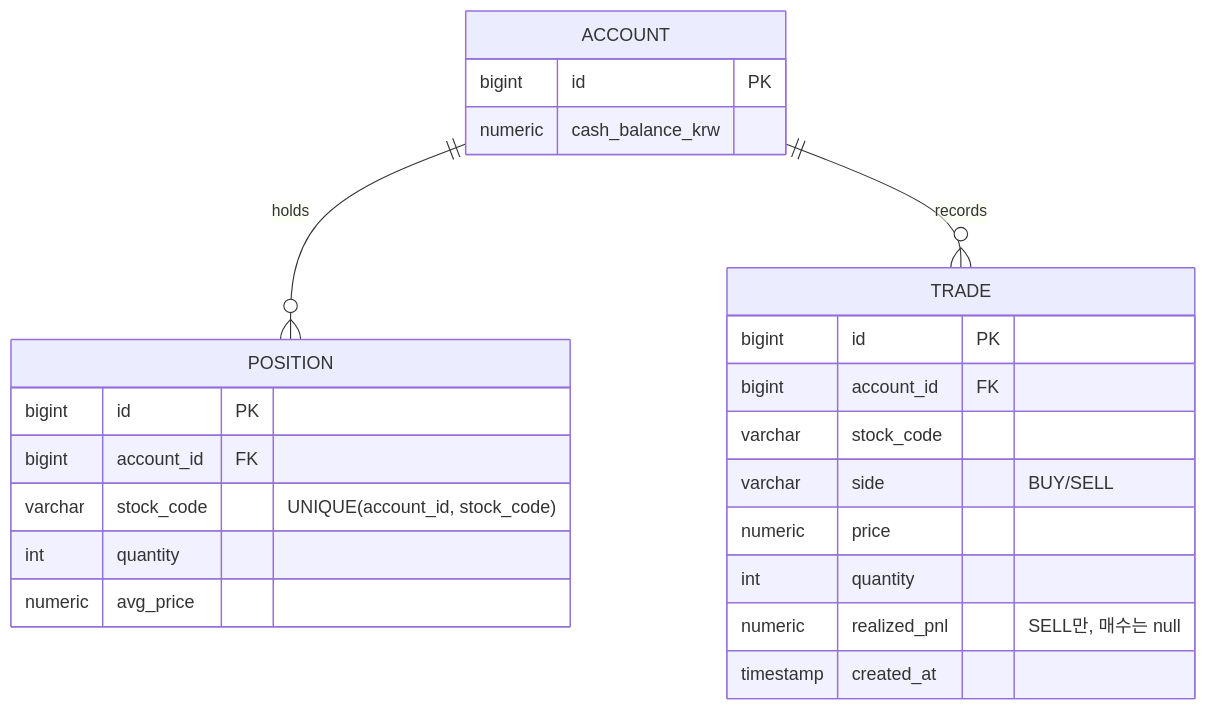
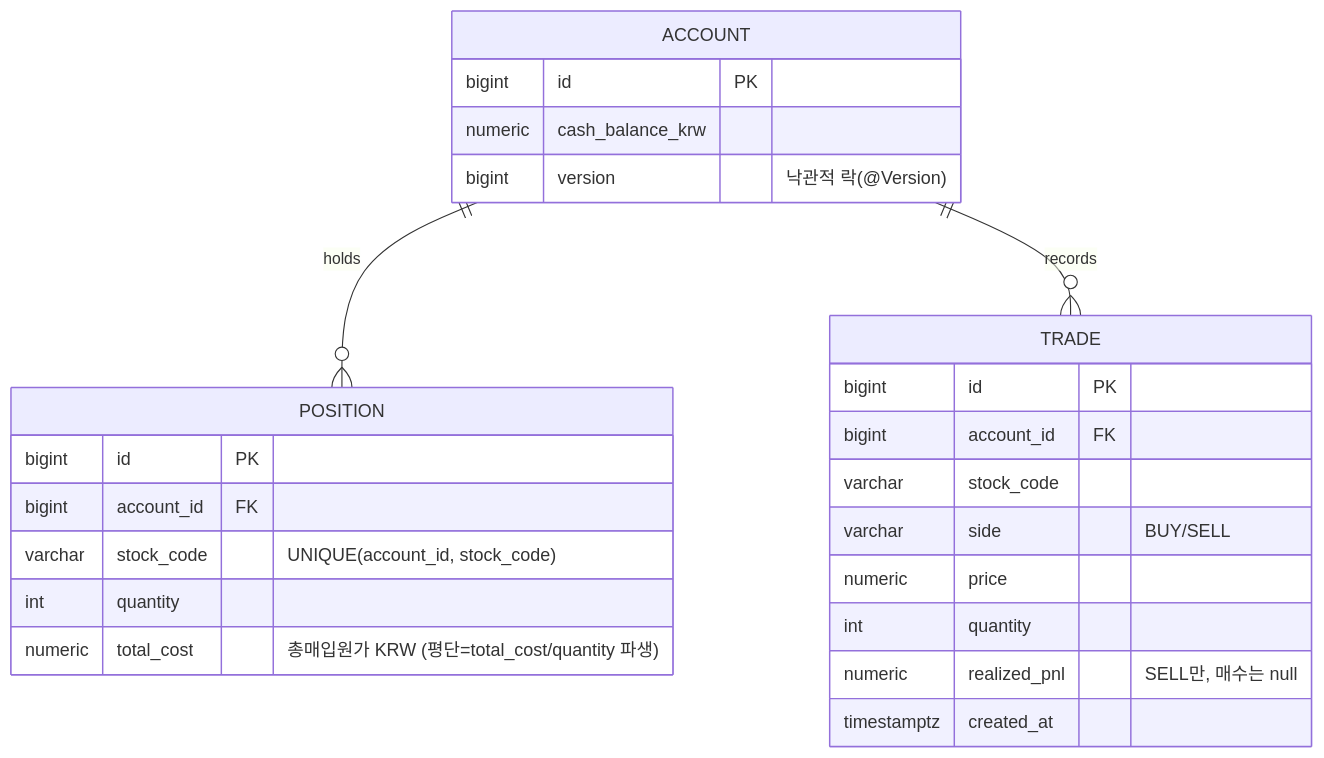
The second of 2 diagrams in DESIGN.md (piker0925/CoinVest), drawn with Mermaid before and after one commit. The commit also changed other lines of this file, not shown here.

First line of the commit message:
docs: 슬라이스1 설계 확정 반영 — 원가basis·@Version·정밀도·시각

````diff
--- a/DESIGN.md
+++ b/DESIGN.md
@@ -77,26 +77,27 @@
 ```mermaid
 erDiagram
     ACCOUNT ||--o{ POSITION : holds
     ACCOUNT ||--o{ TRADE : records
     ACCOUNT {
       bigint id PK
       numeric cash_balance_krw
+      bigint version "낙관적 락(@Version)"
     }
     POSITION {
       bigint id PK
       bigint account_id FK
       varchar stock_code "UNIQUE(account_id, stock_code)"
       int quantity
-      numeric avg_price
+      numeric total_cost "총매입원가 KRW (평단=total_cost/quantity 파생)"
     }
     TRADE {
       bigint id PK
       bigint account_id FK
       varchar stock_code
       varchar side "BUY/SELL"
       numeric price
       int quantity
       numeric realized_pnl "SELL만, 매수는 null"
-      timestamp created_at
+      timestamptz created_at
     }
 ```
````
